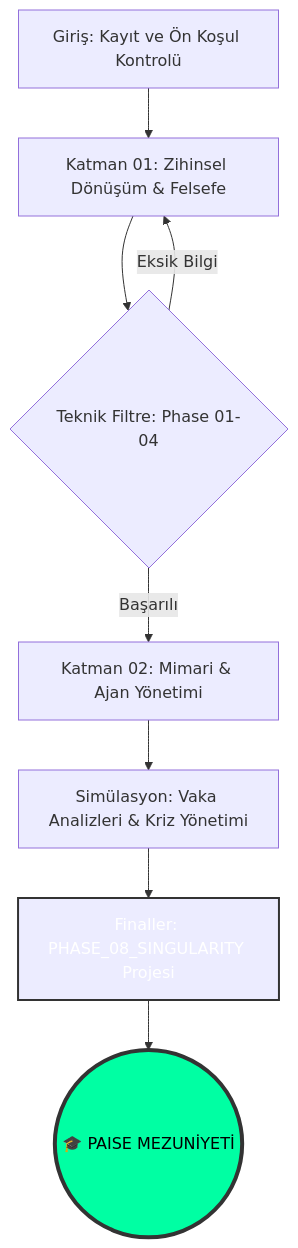
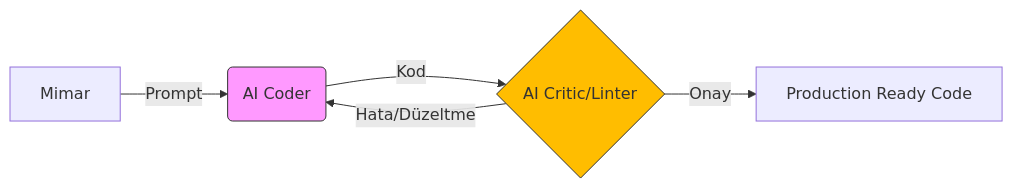
Before and after one commit to arch-yunus/post-ai-swe: the diagram in README.md, drawn with Mermaid. The commit also changed other lines of this file, not shown here.

````diff
--- a/README.md
+++ b/README.md
@@ -112,12 +100,9 @@
 ```mermaid
-graph TD
-    A[Giriş: Kayıt ve Ön Koşul Kontrolü] --> B[Katman 01: Zihinsel Dönüşüm & Felsefe]
-    B --> C{Teknik Filtre: Phase 01-04}
-    C -->|Eksik Bilgi| B
-    C -->|Başarılı| D[Katman 02: Mimari & Ajan Yönetimi]
-    D --> E[Simülasyon: Vaka Analizleri & Kriz Yönetimi]
-    E --> F[Finaller: PHASE_08_SINGULARITY Projesi]
-    F --> G((🎓 PAISE MEZUNİYETİ))
-    style G fill:#00FFA3,stroke:#333,stroke-width:4px,color:#000
-    style F fill:#blueviolet,stroke:#333,stroke-width:2px,color:#fff
+graph LR
+    A[Mimar] -->|Prompt| B(AI Coder)
+    B -->|Kod| C{AI Critic/Linter}
+    C -->|Hata/Düzeltme| B
+    C -->|Onay| D[Production Ready Code]
+    style B fill:#f9f,stroke:#333
+    style C fill:#FFBD00,stroke:#333
 ```
````
